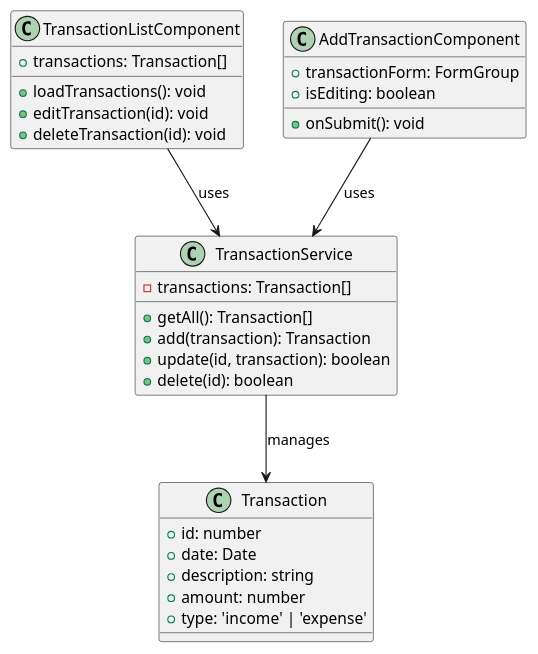
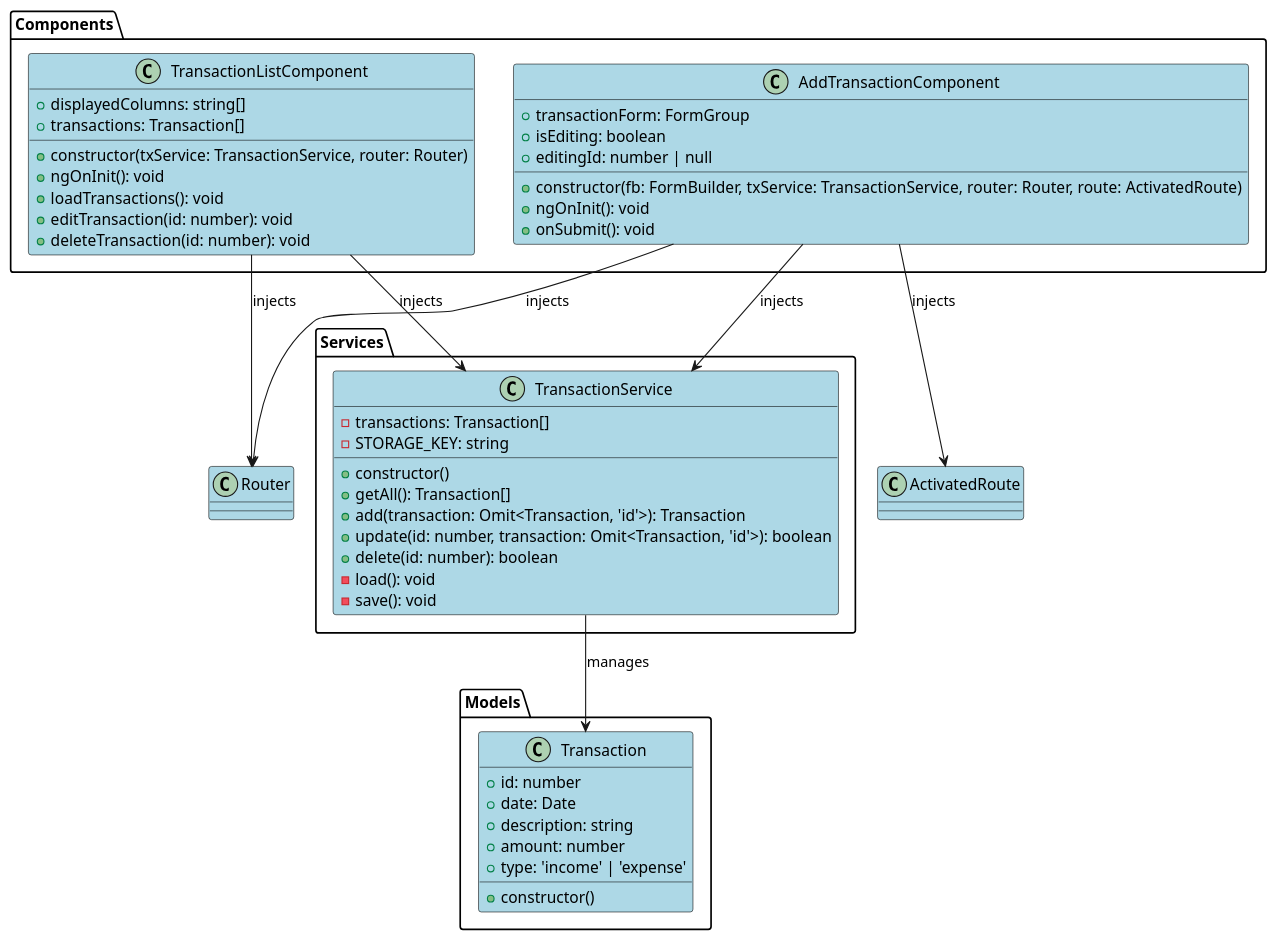
One commit to MarchianTz/test_subj changed the fourth of 14 diagrams in README.md. Above: the diagram before and after it, drawn with PlantUML. The commit also changed other lines of this file, not shown here.

````diff
--- a/README.md
+++ b/README.md
@@ -166,36 +307,65 @@
 ```plantuml
-@startuml Class Diagram
-class Transaction {
-    +id: number
-    +date: Date
-    +description: string
-    +amount: number
-    +type: 'income' | 'expense'
+@startuml Class Diagram - Detailed Architecture
+skinparam class {
+    BackgroundColor #LightBlue
+    BorderColor #000000
 }
 
-class TransactionService {
-    -transactions: Transaction[]
-    +getAll(): Transaction[]
-    +add(transaction): Transaction
-    +update(id, transaction): boolean
-    +delete(id): boolean
+package "Models" {
+    class Transaction {
+        +id: number
+        +date: Date
+        +description: string
+        +amount: number
+        +type: 'income' | 'expense'
+        
+        +constructor()
+    }
 }
 
-class TransactionListComponent {
-    +transactions: Transaction[]
-    +loadTransactions(): void
-    +editTransaction(id): void
-    +deleteTransaction(id): void
+package "Services" {
+    class TransactionService {
+        -transactions: Transaction[]
+        -STORAGE_KEY: string
+        
+        +constructor()
+        +getAll(): Transaction[]
+        +add(transaction: Omit<Transaction, 'id'>): Transaction
+        +update(id: number, transaction: Omit<Transaction, 'id'>): boolean
+        +delete(id: number): boolean
+        -load(): void
+        -save(): void
+    }
 }
 
-class AddTransactionComponent {
-    +transactionForm: FormGroup
-    +isEditing: boolean
-    +onSubmit(): void
+package "Components" {
+    class TransactionListComponent {
+        +displayedColumns: string[]
+        +transactions: Transaction[]
+        
+        +constructor(txService: TransactionService, router: Router)
+        +ngOnInit(): void
+        +loadTransactions(): void
+        +editTransaction(id: number): void
+        +deleteTransaction(id: number): void
+    }
+    
+    class AddTransactionComponent {
+        +transactionForm: FormGroup
+        +isEditing: boolean
+        +editingId: number | null
+        
+        +constructor(fb: FormBuilder, txService: TransactionService, router: Router, route: ActivatedRoute)
+        +ngOnInit(): void
+        +onSubmit(): void
+    }
 }
 
 TransactionService --> Transaction : manages
-TransactionListComponent --> TransactionService : uses
-AddTransactionComponent --> TransactionService : uses
+TransactionListComponent --> TransactionService : injects
+AddTransactionComponent --> TransactionService : injects
+TransactionListComponent --> Router : injects
+AddTransactionComponent --> Router : injects
+AddTransactionComponent --> ActivatedRoute : injects
 @enduml
 ```
````
